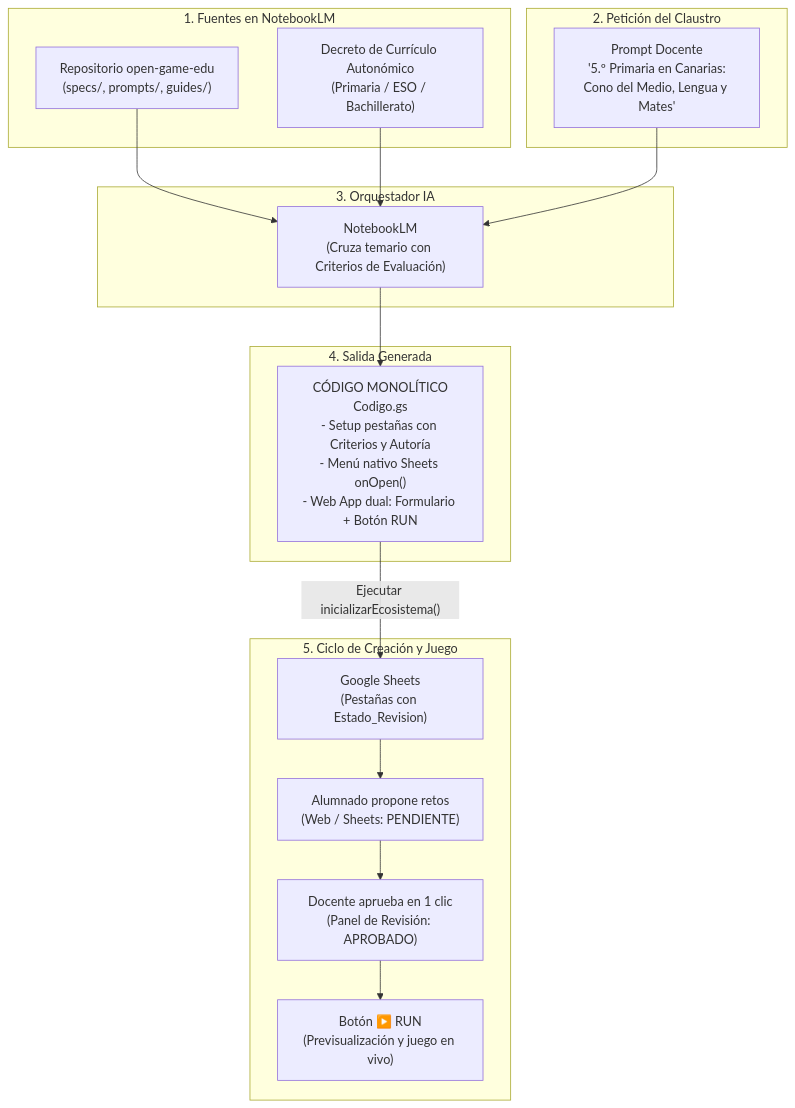
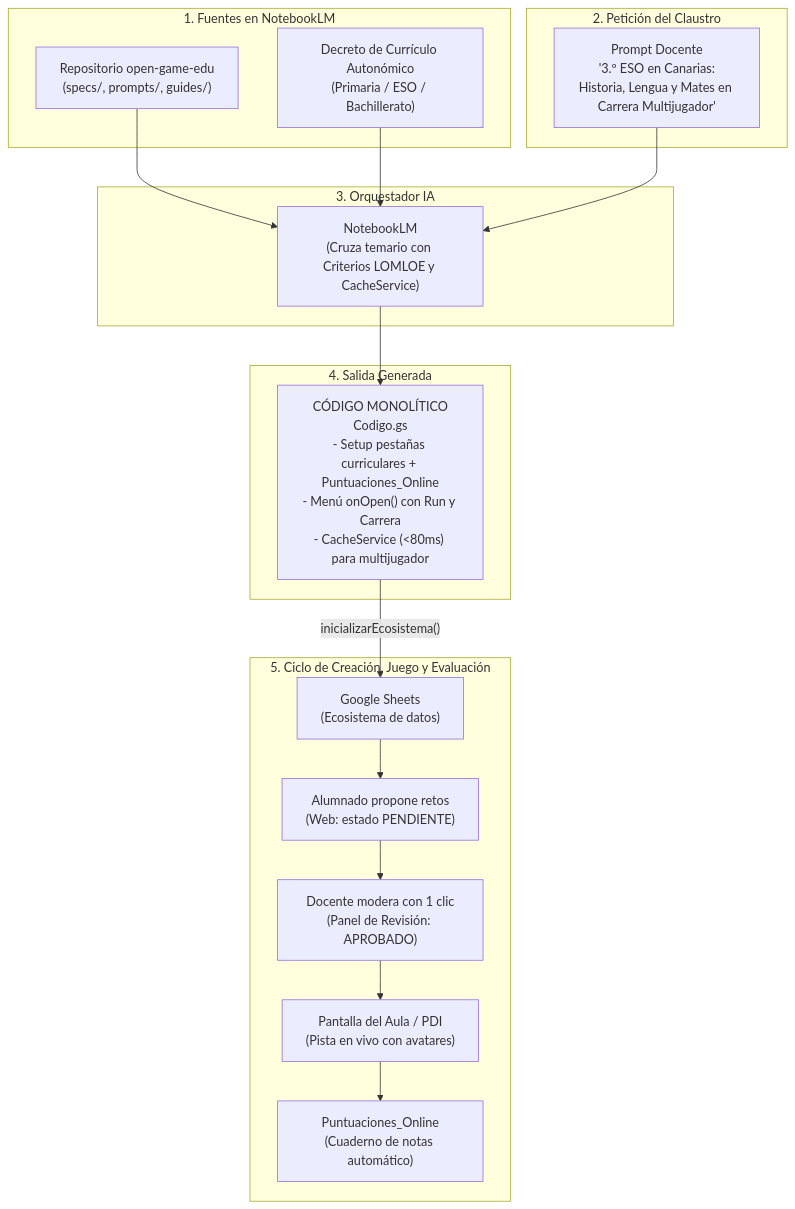
The diagram in README.md (nmarafo/open-game-edu), drawn with Mermaid before and after one commit. The commit also changed other lines of this file and 8 other files, not shown here.

Commit message:
feat: incorporar catalogo de 5 modalidades, multijugador en vivo con CacheService y telemetria en Puntuaciones_Online

````diff
--- a/README.md
+++ b/README.md
@@ -36,35 +57,37 @@
 ```mermaid
 flowchart TD
     subgraph Fuentes ["1. Fuentes en NotebookLM"]
         A["Repositorio open-game-edu\n(specs/, prompts/, guides/)"]
         B["Decreto de Currículo Autonómico\n(Primaria / ESO / Bachillerato)"]
     end
 
     subgraph Docente ["2. Petición del Claustro"]
-        C["Prompt Docente\n'5.º Primaria en Canarias:\nCono del Medio, Lengua y Mates'"]
+        C["Prompt Docente\n'3.º ESO en Canarias:\nHistoria, Lengua y Mates en Carrera Multijugador'"]
     end
 
     subgraph Cerebro ["3. Orquestador IA"]
-        D["NotebookLM\n(Cruza temario con Criterios de Evaluación)"]
+        D["NotebookLM\n(Cruza temario con Criterios LOMLOE y CacheService)"]
     end
 
     subgraph Salida ["4. Salida Generada"]
-        E["CÓDIGO MONOLÍTICO\nCodigo.gs\n- Setup pestañas con Criterios y Autoría\n- Menú nativo Sheets onOpen()\n- Web App dual: Formulario + Botón RUN"]
+        E["CÓDIGO MONOLÍTICO\nCodigo.gs\n- Setup pestañas curriculares + Puntuaciones_Online\n- Menú onOpen() con Run y Carrera\n- CacheService (<80ms) para multijugador"]
     end
 
-    subgraph Ecosistema ["5. Ciclo de Creación y Juego"]
-        F["Google Sheets\n(Pestañas con Estado_Revision)"]
-        G["Alumnado propone retos\n(Web / Sheets: PENDIENTE)"]
-        H["Docente aprueba en 1 clic\n(Panel de Revisión: APROBADO)"]
-        I["Botón ▶️ RUN\n(Previsualización y juego en vivo)"]
+    subgraph Ecosistema ["5. Ciclo de Creación, Juego y Evaluación"]
+        F["Google Sheets\n(Ecosistema de datos)"]
+        G["Alumnado propone retos\n(Web: estado PENDIENTE)"]
+        H["Docente modera con 1 clic\n(Panel de Revisión: APROBADO)"]
+        I["Pantalla del Aula / PDI\n(Pista en vivo con avatares)"]
+        J["Puntuaciones_Online\n(Cuaderno de notas automático)"]
     end
 
     A --> D
     B --> D
     C --> D
     D --> E
-    E -- "Ejecutar inicializarEcosistema()" --> F
+    E -- "inicializarEcosistema()" --> F
     F --> G
     G --> H
     H --> I
+    I --> J
 ```
````
